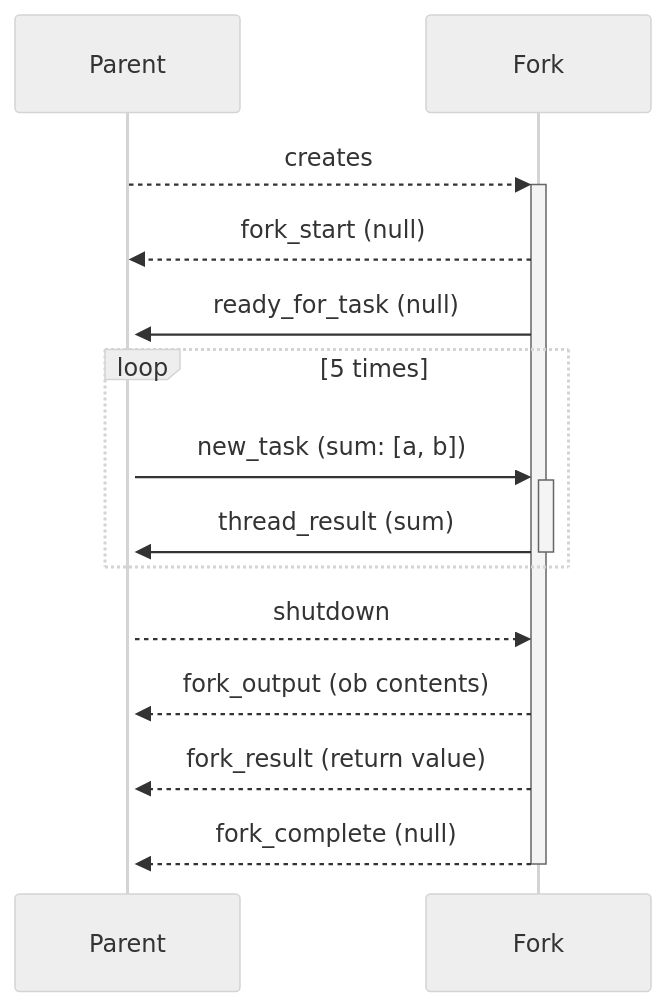
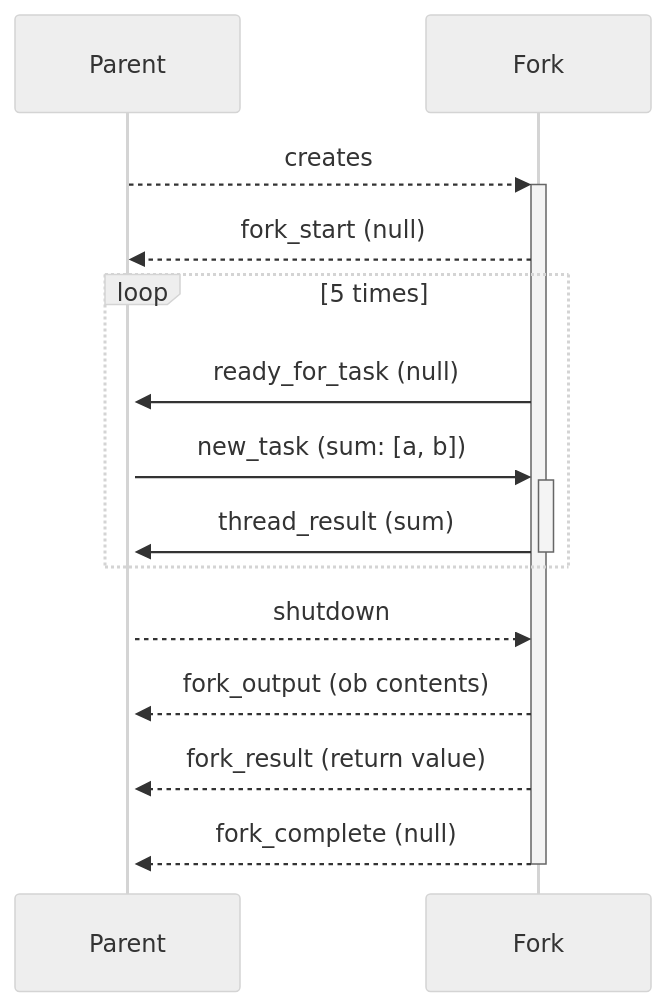
Before and after one commit to tbessenreither/quickfork: the diagram in README.md, drawn with Mermaid (neutral theme). The commit also changed other lines of this file, not shown here.

Commit message:
bugfix(Readme): fixed wrong loop in example mermaid sequenceDiagram;

````diff
--- a/README.md
+++ b/README.md
@@ -125,15 +125,15 @@
 ```mermaid
 sequenceDiagram
     Parent-->>+Fork: creates
     Fork-->>Parent: fork_start (null)
+    loop 5 times
     Fork->>+Parent: ready_for_task (null)
-    loop 5 times
     Parent->>+Fork: new_task (sum: [a, b])
     Fork->>-Parent: thread_result (sum)
     end
     Parent-->>Fork: shutdown
     Fork-->>Parent: fork_output (ob contents)
     Fork-->>Parent: fork_result (return value)
     Fork-->>-Parent: fork_complete (null)
 
 ```
````
